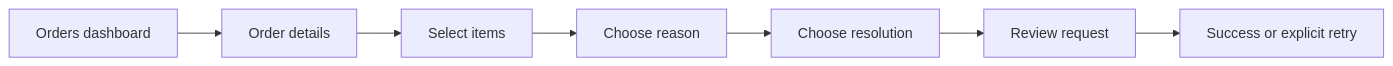
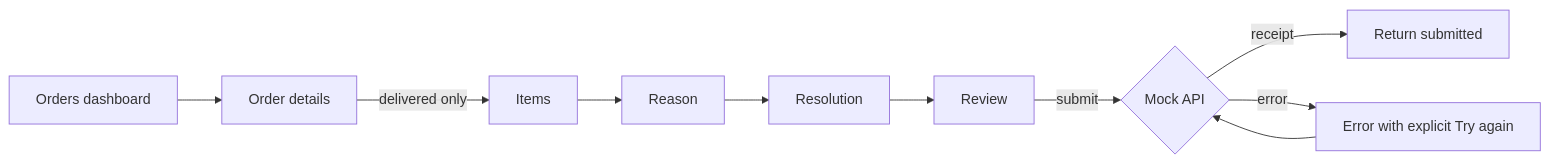
One commit to alirazawatoo/frontend-dev-test changed the first of 2 diagrams in README.md. Above: the diagram before and after it, drawn with Mermaid. The commit also changed other lines of this file and 5 other files, not shown here.

First line of the commit message:
Rewrite the README around the fixed flow and refresh screenshots

````diff
--- a/README.md
+++ b/README.md
@@ -22,9 +26,12 @@
 ```mermaid
 flowchart LR
     A[Orders dashboard] --> B[Order details]
-    B --> C[Select items]
-    C --> D[Choose reason]
-    D --> E[Choose resolution]
-    E --> F[Review request]
-    F --> G[Success or explicit retry]
+    B -->|delivered only| C[Items]
+    C --> D[Reason]
+    D --> E[Resolution]
+    E --> F[Review]
+    F -->|submit| G{Mock API}
+    G -->|receipt| H[Return submitted]
+    G -->|error| I[Error with explicit Try again]
+    I --> G
 ```
````
